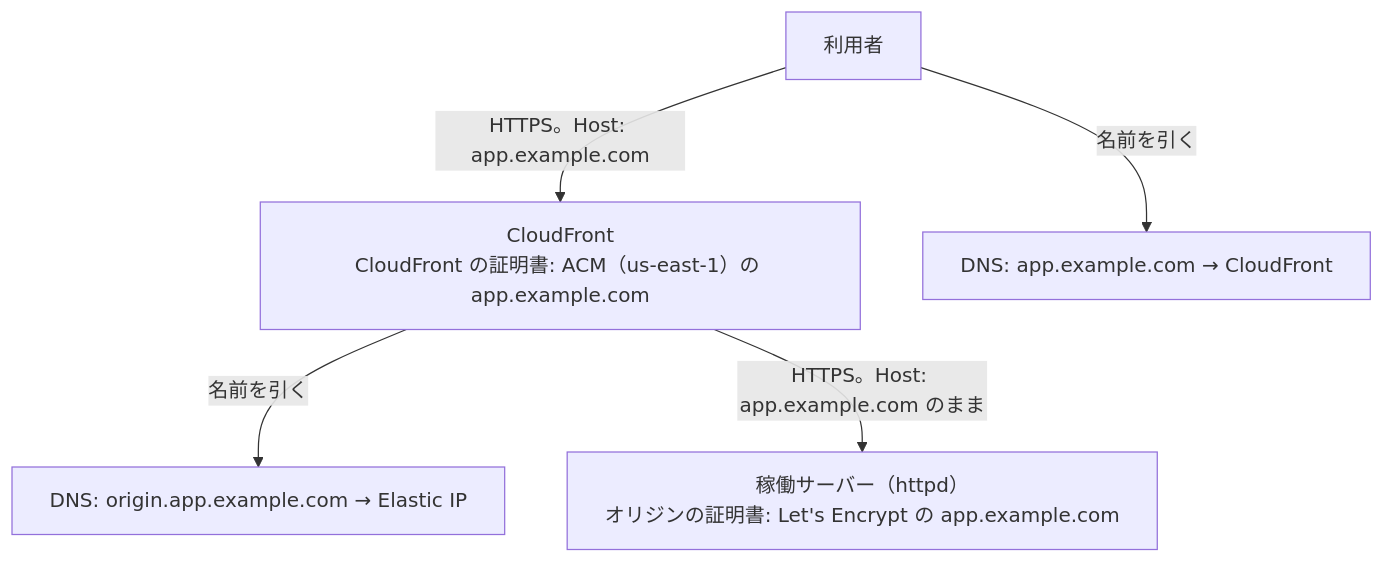
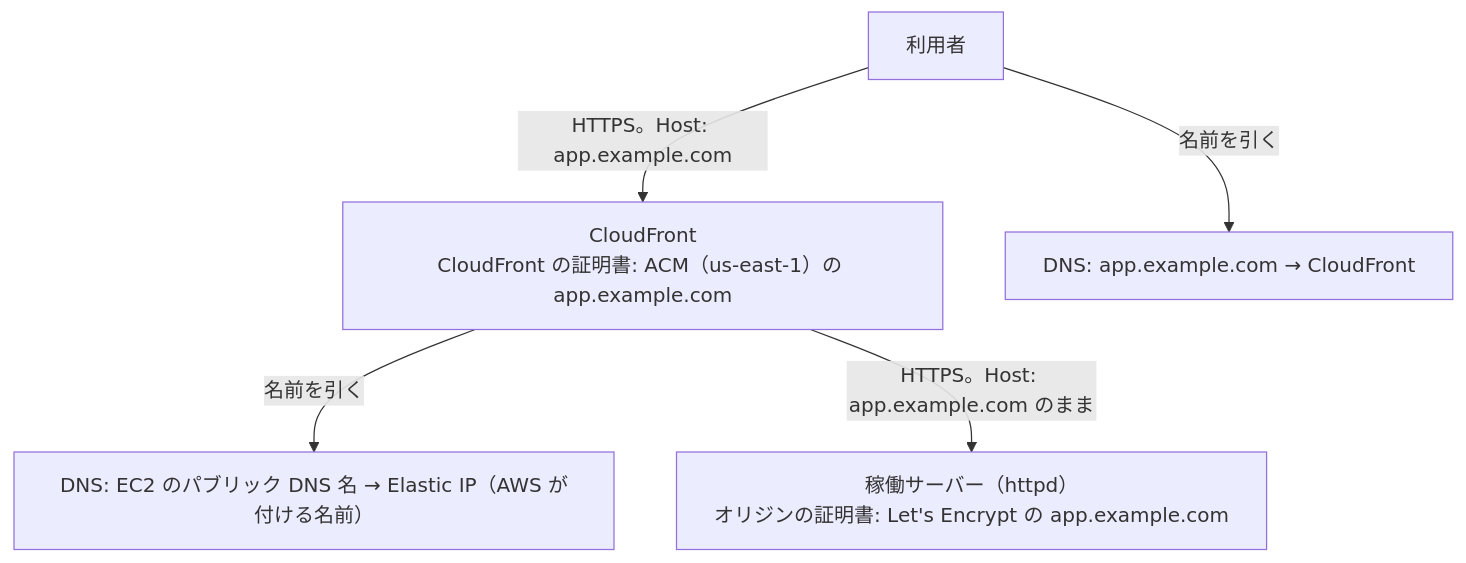
Before and after one commit to rxsxkxd/pk: the diagram in docs/ec2-tls-termination-migration/cloudfront-to-ec2-domains-certificates.md, drawn with Mermaid. The commit also changed other lines of this file and 23 other files, not shown here.

````diff
--- a/docs/ec2-tls-termination-migration/cloudfront-to-ec2-domains-certificates.md
+++ b/docs/ec2-tls-termination-migration/cloudfront-to-ec2-domains-certificates.md
@@ -23,14 +23,14 @@
 ```mermaid
 %%{init: {"themeVariables": {"fontSize": "16px"}, "flowchart": {"wrappingWidth": 420}}}%%
 flowchart TD
   U["利用者"]
   CF["CloudFront<br/>CloudFront の証明書: ACM（us-east-1）の app.example.com"]
   EC2["稼働サーバー（httpd）<br/>オリジンの証明書: Let's Encrypt の app.example.com"]
   D1["DNS: app.example.com → CloudFront"]
-  D2["DNS: origin.app.example.com → Elastic IP"]
+  D2["DNS: EC2 のパブリック DNS 名 → Elastic IP（AWS が付ける名前）"]
 
   U -- "名前を引く" --> D1
   U -- "HTTPS。Host: app.example.com" --> CF
   CF -- "名前を引く" --> D2
   CF -- "HTTPS。Host: app.example.com のまま" --> EC2
 ```
````
